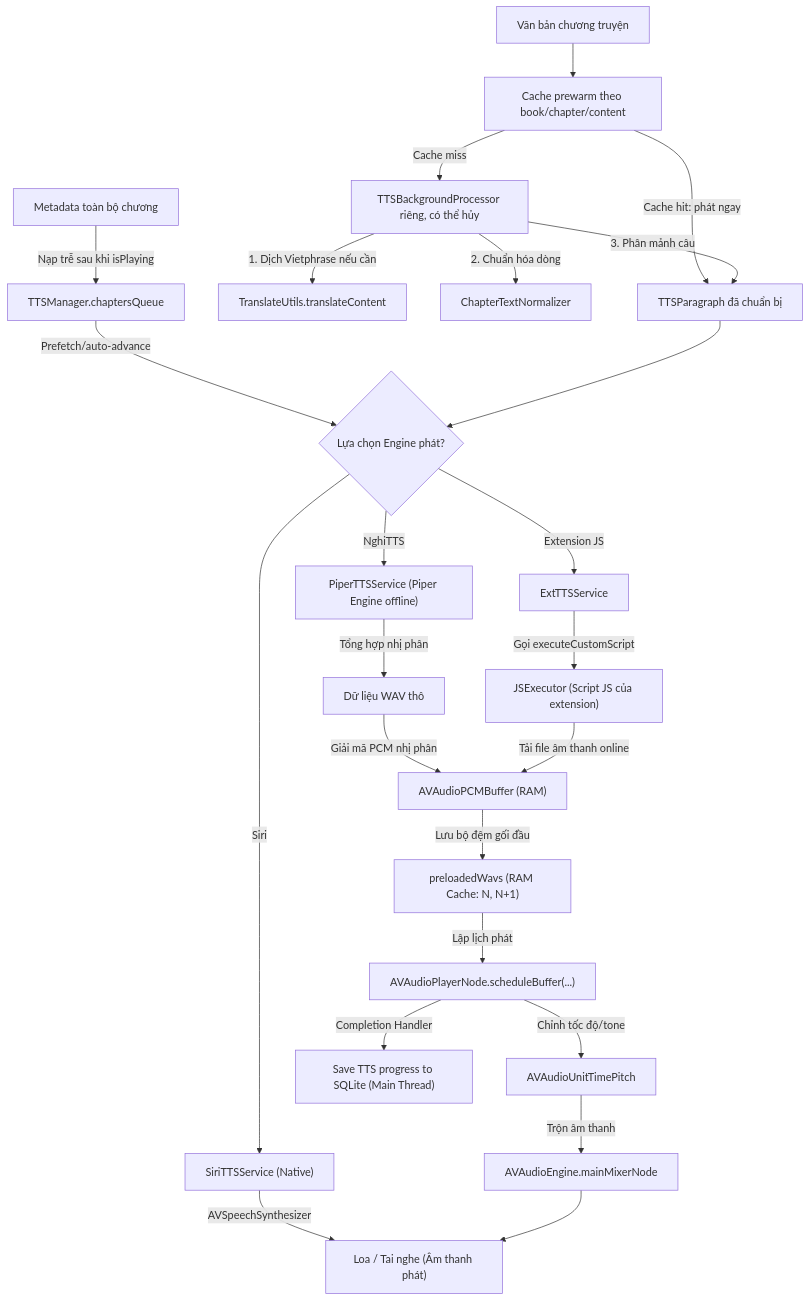
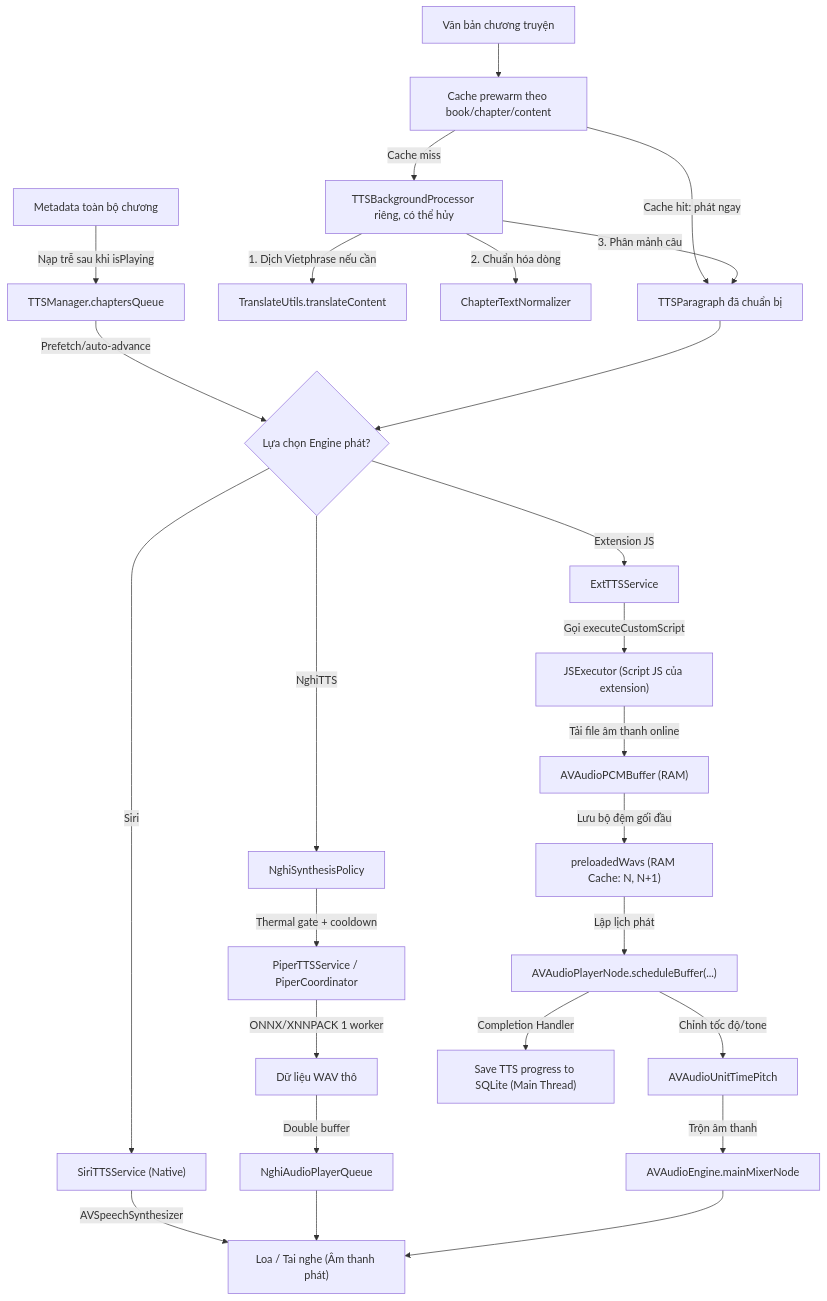
One commit to buudvh/FreeBook changed the second of 2 diagrams in Docs/CodeGraph/07_dataflow.md. Above: the diagram before and after it, drawn with Mermaid. The commit also changed 19 other files, not shown here.

Commit message:
Giảm nhiệt NghiTTS khi nghe lâu

````diff
--- a/Docs/CodeGraph/07_dataflow.md
+++ b/Docs/CodeGraph/07_dataflow.md
@@ -99,36 +99,38 @@
 ```mermaid
 graph TD
     TextSource["Văn bản chương truyện"] --> Prewarm["Cache prewarm theo book/chapter/content"]
     Prewarm -->|Cache hit: phát ngay| Paragraphs["TTSParagraph đã chuẩn bị"]
     Prewarm -->|Cache miss| Processor["TTSBackgroundProcessor riêng, có thể hủy"]
     Processor -->|1. Dịch Vietphrase nếu cần| Translate["TranslateUtils.translateContent"]
     Processor -->|2. Chuẩn hóa dòng| Normalizer["ChapterTextNormalizer"]
     Processor -->|3. Phân mảnh câu| Paragraphs
     ReaderQueue["Metadata toàn bộ chương"] -->|Nạp trễ sau khi isPlaying| Queue["TTSManager.chaptersQueue"]
     Queue -->|Prefetch/auto-advance| EngineSelect
     
     Paragraphs --> EngineSelect{"Lựa chọn Engine phát?"}
     
     %% Engine Siri
     EngineSelect -->|Siri| Siri["SiriTTSService (Native)"]
     Siri -->|AVSpeechSynthesizer| AudioOut["Loa / Tai nghe (Âm thanh phát)"]
     
     %% Engine NghiTTS
-    EngineSelect -->|NghiTTS| Nghi["PiperTTSService (Piper Engine offline)"]
-    Nghi -->|Tổng hợp nhị phân| WavData["Dữ liệu WAV thô"]
-    WavData -->|Giải mã PCM nhị phân| PCMBuffer["AVAudioPCMBuffer (RAM)"]
+    EngineSelect -->|NghiTTS| Policy["NghiSynthesisPolicy"]
+    Policy -->|Thermal gate + cooldown| Nghi["PiperTTSService / PiperCoordinator"]
+    Nghi -->|ONNX/XNNPACK 1 worker| WavData["Dữ liệu WAV thô"]
+    WavData -->|Double buffer| NghiQueue["NghiAudioPlayerQueue"]
+    NghiQueue --> AudioOut
     
     %% Engine JS Extension
     EngineSelect -->|Extension JS| ExtTTS["ExtTTSService"]
     ExtTTS -->|Gọi executeCustomScript| JS["JSExecutor (Script JS của extension)"]
-    JS -->|Tải file âm thanh online| PCMBuffer
+    JS -->|Tải file âm thanh online| PCMBuffer["AVAudioPCMBuffer (RAM)"]
     
     PCMBuffer -->|Lưu bộ đệm gối đầu| PreWav["preloadedWavs (RAM Cache: N, N+1)"]
     PreWav -->|Lập lịch phát| PlayerNode["AVAudioPlayerNode.scheduleBuffer(...)"]
     PlayerNode -->|Chỉnh tốc độ/tone| TimePitch["AVAudioUnitTimePitch"]
     TimePitch -->|Trộn âm thanh| Mixer["AVAudioEngine.mainMixerNode"]
     Mixer --> AudioOut
     
     %% Ghi nhận trạng thái
     PlayerNode -->|Completion Handler| DBProgress["Save TTS progress to SQLite (Main Thread)"]
 ```
````
